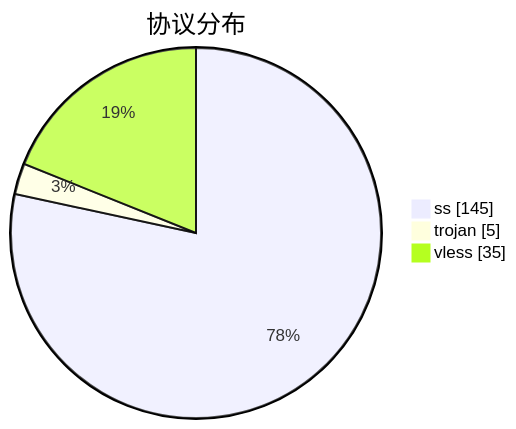
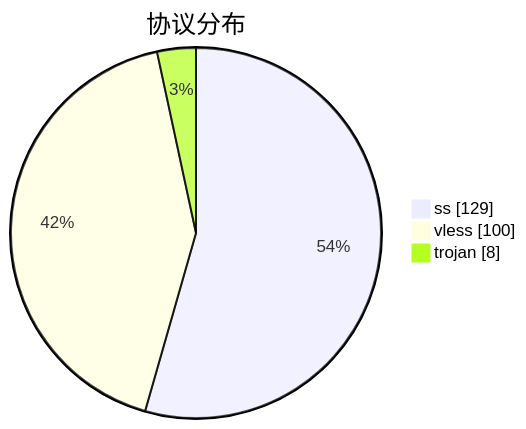
One commit to qjlxg/airport changed the third of 3 diagrams in subs/statistics/tested_within.md. Above: the diagram before and after it, drawn with Mermaid. The commit also changed other lines of this file and 2 other files, not shown here.

````diff
--- a/subs/statistics/tested_within.md
+++ b/subs/statistics/tested_within.md
@@ -28,7 +30,7 @@
 ```mermaid
 pie showData
 title 协议分布
-"ss" : 145
-"trojan" : 5
-"vless" : 35
+"ss" : 129
+"vless" : 100
+"trojan" : 8
 ```
````
